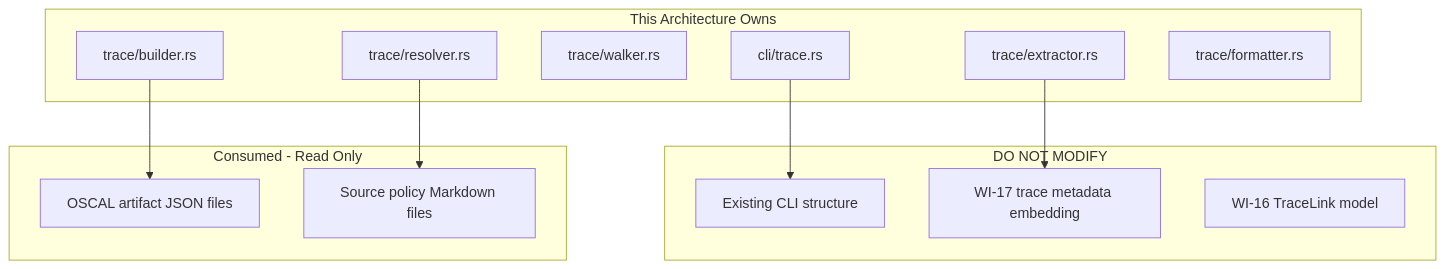
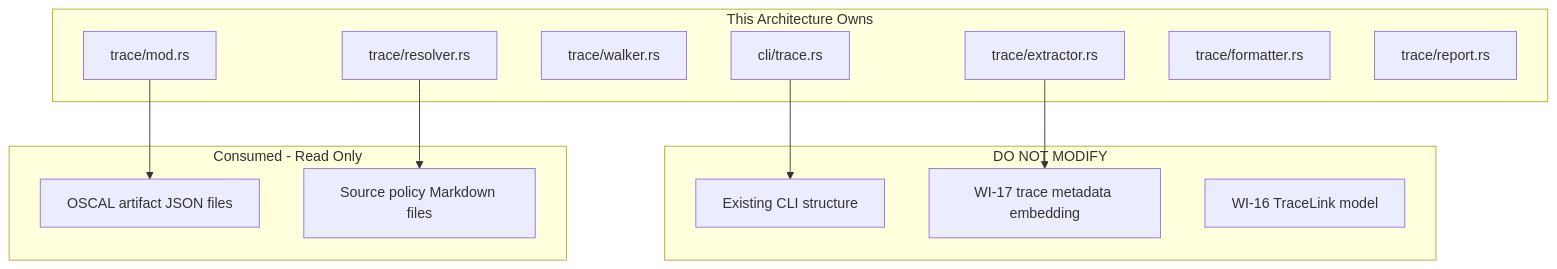
One commit to policy-forge/forge changed the seventh of 7 diagrams in docs/AR/038-ar-traceability-report.md. Above: the diagram before and after it, drawn with Mermaid. The commit also changed other lines of this file and 24 other files, not shown here.

First line of the commit message:
feat(trace): add traceability report subcommand

````diff
--- a/docs/AR/038-ar-traceability-report.md
+++ b/docs/AR/038-ar-traceability-report.md
@@ -476,27 +470,28 @@
 ```mermaid
 graph TD
     subgraph "This Architecture Owns"
         A[cli/trace.rs]
-        B[trace/builder.rs]
+        B[trace/mod.rs]
         C[trace/walker.rs]
         D[trace/extractor.rs]
         E[trace/resolver.rs]
         F[trace/formatter.rs]
+        FF[trace/report.rs]
     end
 
     subgraph "DO NOT MODIFY"
         G[Existing CLI structure]
         H[WI-17 trace metadata embedding]
         I[WI-16 TraceLink model]
     end
 
     subgraph "Consumed - Read Only"
         J[OSCAL artifact JSON files]
         K[Source policy Markdown files]
     end
 
     A --> G
     D --> H
     B --> J
     E --> K
 ```
````
